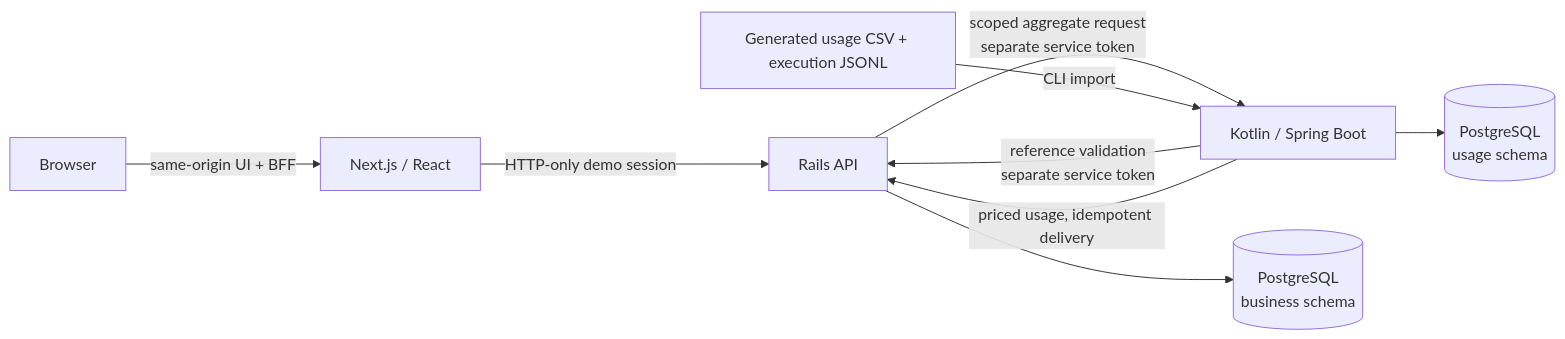
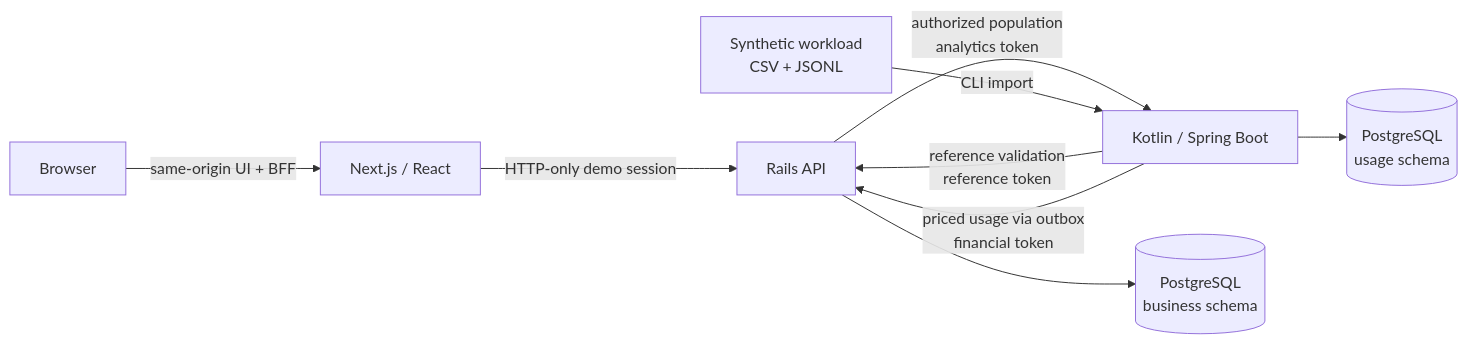
Before and after one commit to aymaanalamgir/tokentrack: the first of 3 diagrams in README.md, drawn with Mermaid. The commit also changed other lines of this file and 27 other files, not shown here.

````diff
--- a/README.md
+++ b/README.md
@@ -37,11 +70,11 @@
 ```mermaid
 flowchart LR
   Browser[Browser] -->|same-origin UI + BFF| Web[Next.js / React]
   Web -->|HTTP-only demo session| Rails[Rails API]
-  Rails -->|scoped aggregate request<br/>separate service token| Kotlin[Kotlin / Spring Boot]
-  Kotlin -->|reference validation<br/>separate service token| Rails
-  Generator[Generated usage CSV + execution JSONL] -->|CLI import| Kotlin
-  Kotlin -->|priced usage, idempotent delivery| Rails
+  Rails -->|authorized population<br/>analytics token| Kotlin[Kotlin / Spring Boot]
+  Kotlin -->|reference validation<br/>reference token| Rails
+  Generator[Synthetic workload<br/>CSV + JSONL] -->|CLI import| Kotlin
+  Kotlin -->|priced usage via outbox<br/>financial token| Rails
   Rails --> Business[(PostgreSQL<br/>business schema)]
   Kotlin --> Usage[(PostgreSQL<br/>usage schema)]
 ```
````
